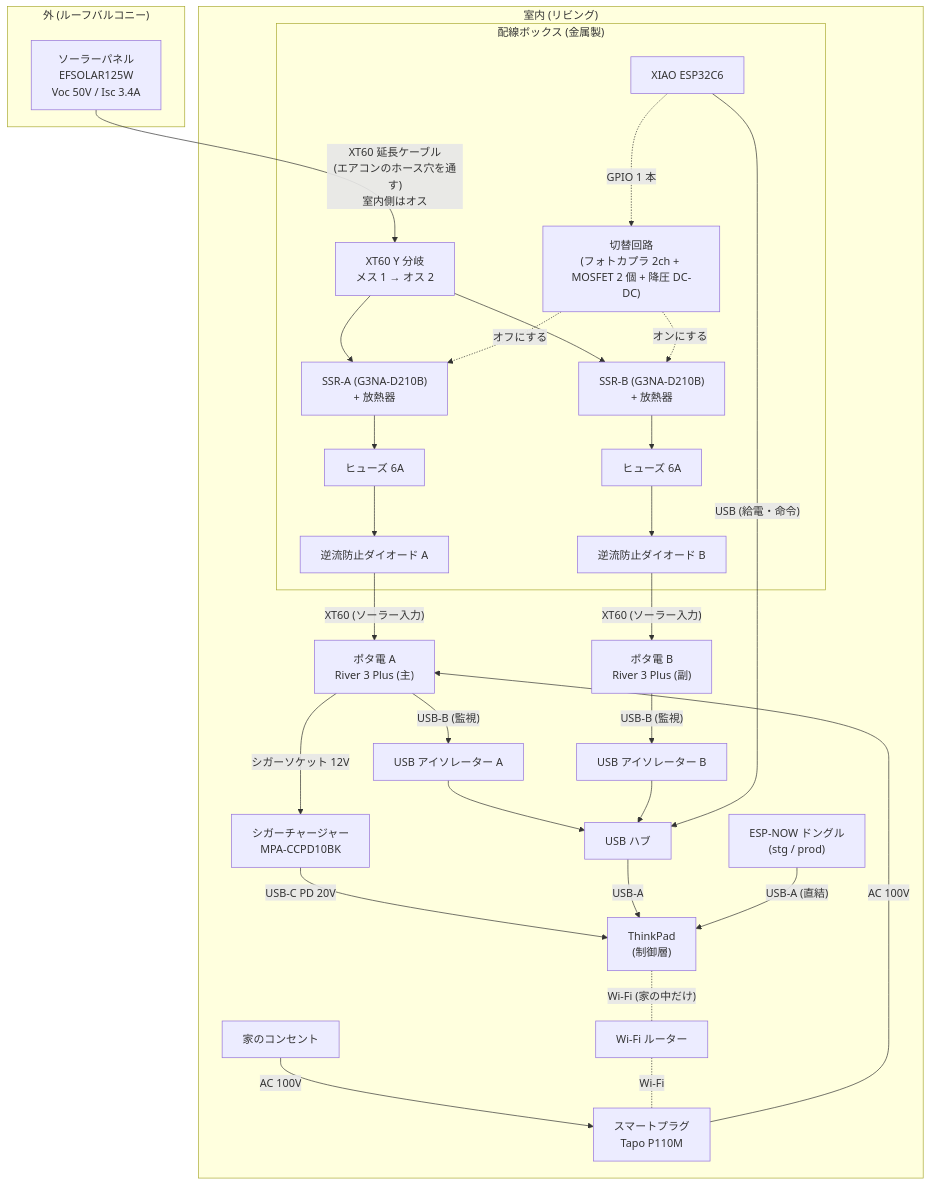
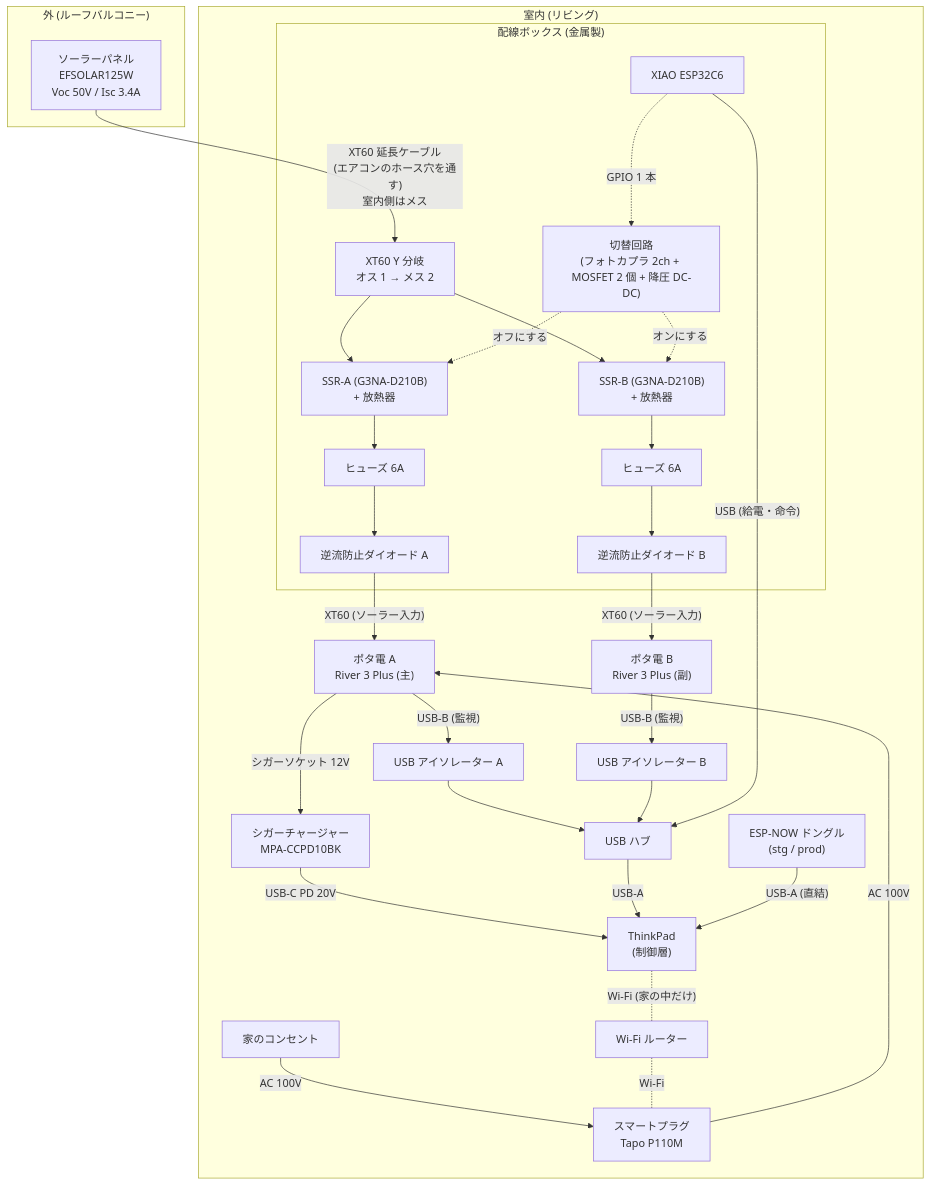
The first of 2 diagrams in docs/3_PowerSystem/01_電源システム設計.md (junkei-okinawa/FarmVerse), drawn with Mermaid before and after one commit. The commit also changed other lines of this file, not shown here.

````diff
--- a/docs/3_PowerSystem/01_電源システム設計.md
+++ b/docs/3_PowerSystem/01_電源システム設計.md
@@ -35,51 +36,51 @@
 ```mermaid
 flowchart TB
     subgraph OUT["外 (ルーフバルコニー)"]
         PV["ソーラーパネル<br/>EFSOLAR125W<br/>Voc 50V / Isc 3.4A"]
     end
 
-    PV -- "XT60 延長ケーブル<br/>(エアコンのホース穴を通す)<br/>室内側はオス" --> Y
+    PV -- "XT60 延長ケーブル<br/>(エアコンのホース穴を通す)<br/>室内側はメス" --> Y
 
     subgraph IN["室内 (リビング)"]
         subgraph BOX["配線ボックス (金属製)"]
-            Y["XT60 Y 分岐<br/>メス 1 → オス 2"]
+            Y["XT60 Y 分岐<br/>オス 1 → メス 2"]
             SSRA["SSR-A (G3NA-D210B)<br/>+ 放熱器"]
             SSRB["SSR-B (G3NA-D210B)<br/>+ 放熱器"]
             FA["ヒューズ 6A"]
             FB["ヒューズ 6A"]
             DA["逆流防止ダイオード A"]
             DB["逆流防止ダイオード B"]
             CTRL["切替回路<br/>(フォトカプラ 2ch + MOSFET 2 個 + 降圧 DC-DC)"]
             ESP["XIAO ESP32C6"]
         end
 
         A["ポタ電 A<br/>River 3 Plus (主)"]
         B["ポタ電 B<br/>River 3 Plus (副)"]
         TP["ThinkPad<br/>(制御層)"]
         HUB["USB ハブ"]
         ISOA["USB アイソレーター A"]
         ISOB["USB アイソレーター B"]
         CC["シガーチャージャー<br/>MPA-CCPD10BK"]
         P1["スマートプラグ<br/>Tapo P110M"]
         WALL["家のコンセント"]
         WIFI["Wi-Fi ルーター"]
         DONGLE["ESP-NOW ドングル<br/>(stg / prod)"]
     end
 
     Y --> SSRA --> FA --> DA -- "XT60 (ソーラー入力)" --> A
     Y --> SSRB --> FB --> DB -- "XT60 (ソーラー入力)" --> B
 
     A -- "シガーソケット 12V" --> CC -- "USB-C PD 20V" --> TP
     WALL -- "AC 100V" --> P1 -- "AC 100V" --> A
 
     A -- "USB-B (監視)" --> ISOA --> HUB
     B -- "USB-B (監視)" --> ISOB --> HUB
     ESP -- "USB (給電・命令)" --> HUB
     HUB -- "USB-A" --> TP
     DONGLE -- "USB-A (直結)" --> TP
 
     ESP -. "GPIO 1 本" .-> CTRL
     CTRL -. "オフにする" .-> SSRA
     CTRL -. "オンにする" .-> SSRB
     TP -. "Wi-Fi (家の中だけ)" .- WIFI -. "Wi-Fi" .- P1
 ```
````
